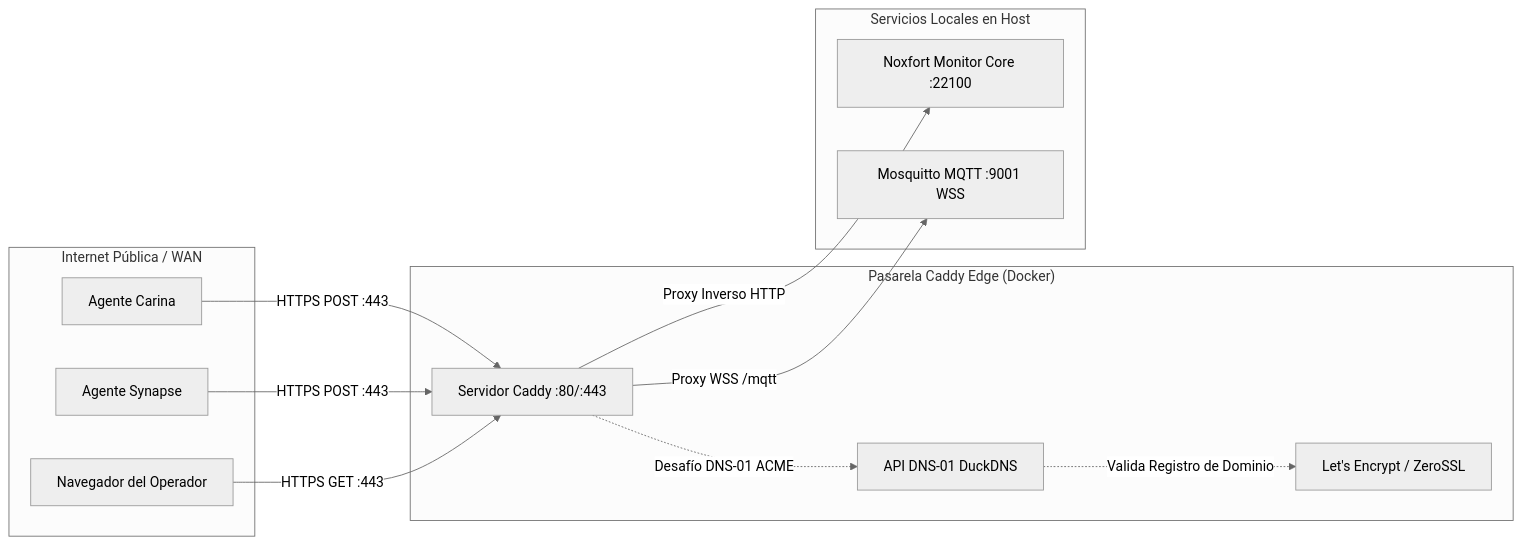
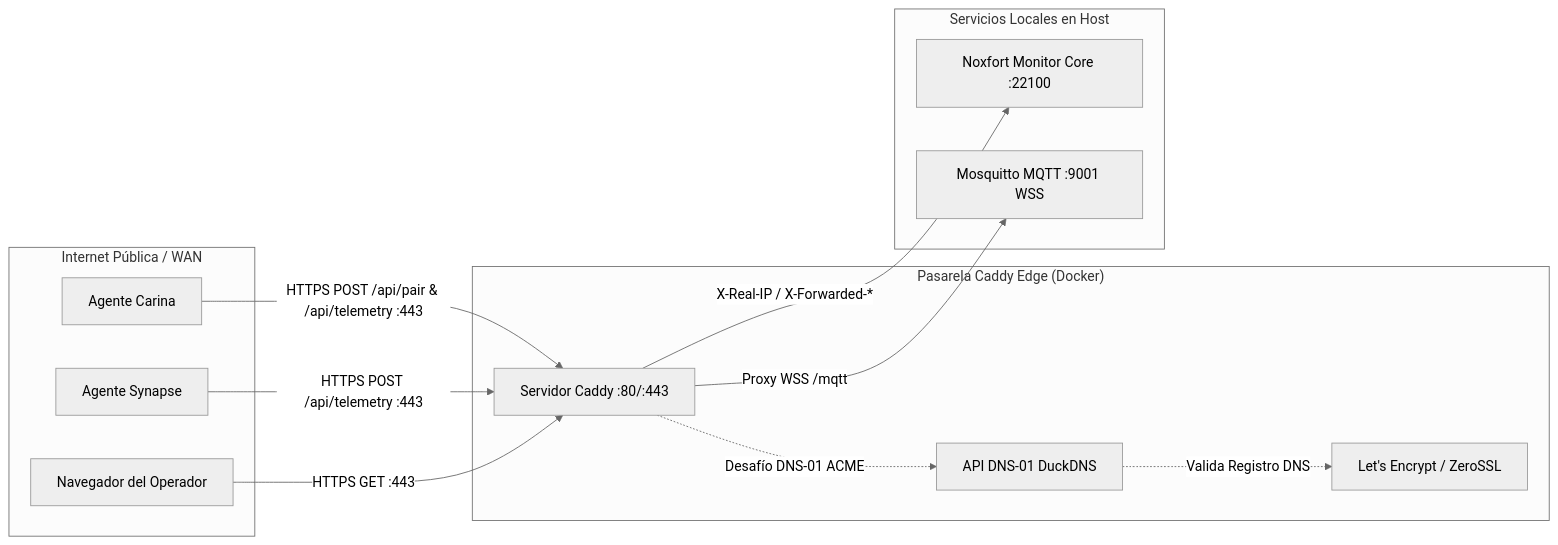
One commit to Noxfort-Systems-Brazil/MONITOR changed the diagram in docs/es/caddy_integration.md. Above: the diagram before and after it, drawn with Mermaid (neutral theme). The commit also changed other lines of this file and 186 other files, not shown here.

````diff
--- a/docs/es/caddy_integration.md
+++ b/docs/es/caddy_integration.md
@@ -13,29 +11,29 @@
 ```mermaid
 graph LR
     subgraph "Internet Pública / WAN"
         Carina[Agente Carina]
         Synapse[Agente Synapse]
         Browser[Navegador del Operador]
     end
 
     subgraph "Pasarela Caddy Edge (Docker)"
-        Caddy[Servidor Caddy :80/:443]
-        LetEncrypt[Let's Encrypt / ZeroSSL]
+        Caddy["Servidor Caddy :80/:443"]
+        LetEncrypt["Let's Encrypt / ZeroSSL"]
         DuckAPI[API DNS-01 DuckDNS]
     end
 
     subgraph "Servicios Locales en Host"
-        Monitor[Noxfort Monitor Core :22100]
-        Mosquitto[Mosquitto MQTT :9001 WSS]
+        Monitor["Noxfort Monitor Core :22100"]
+        Mosquitto["Mosquitto MQTT :9001 WSS"]
     end
 
-    Carina -->|HTTPS POST :443| Caddy
-    Synapse -->|HTTPS POST :443| Caddy
-    Browser -->|HTTPS GET :443| Caddy
+    Carina -->|"HTTPS POST /api/pair & /api/telemetry :443"| Caddy
+    Synapse -->|"HTTPS POST /api/telemetry :443"| Caddy
+    Browser -->|"HTTPS GET :443"| Caddy
 
-    Caddy -.->|Desafío DNS-01 ACME| DuckAPI
-    DuckAPI -.->|Valida Registro de Dominio| LetEncrypt
+    Caddy -.->|"Desafío DNS-01 ACME"| DuckAPI
+    DuckAPI -.->|"Valida Registro DNS"| LetEncrypt
 
-    Caddy -->|Proxy Inverso HTTP| Monitor
-    Caddy -->|Proxy WSS /mqtt| Mosquitto
+    Caddy -->|"X-Real-IP / X-Forwarded-*"| Monitor
+    Caddy -->|"Proxy WSS /mqtt"| Mosquitto
 ```
````
